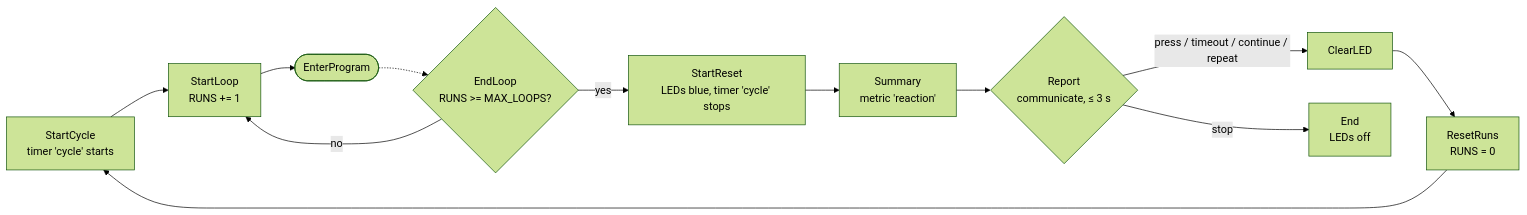
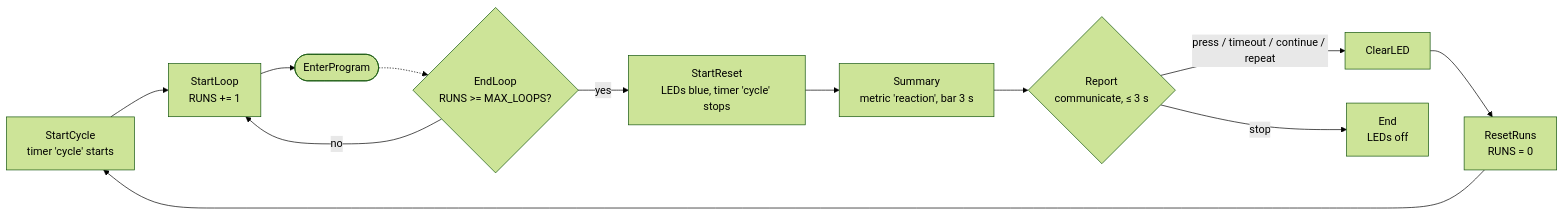
One commit to RunningJoke/reactionButton changed the first of 5 diagrams in docs/user/game-modes.md. Above: the diagram before and after it, drawn with Mermaid (forest theme). The commit also changed other lines of this file and 62 other files, not shown here.

````diff
--- a/docs/user/game-modes.md
+++ b/docs/user/game-modes.md
@@ -75,9 +75,9 @@
 ```mermaid
 flowchart LR
     SC["StartCycle<br/>timer 'cycle' starts"] --> SL["StartLoop<br/>RUNS += 1"] --> EP([EnterProgram])
     EP -.-> EL{"EndLoop<br/>RUNS >= MAX_LOOPS?"}
     EL -- no --> SL
-    EL -- yes --> SR["StartReset<br/>LEDs blue, timer 'cycle' stops"] --> SU["Summary<br/>metric 'reaction'"] --> RP{"Report<br/>communicate, ≤ 3 s"}
+    EL -- yes --> SR["StartReset<br/>LEDs blue, timer 'cycle' stops"] --> SU["Summary<br/>metric 'reaction', bar 3 s"] --> RP{"Report<br/>communicate, ≤ 3 s"}
     RP -- "press / timeout / continue / repeat" --> CL["ClearLED"] --> RV["ResetRuns<br/>RUNS = 0"] --> SC
     RP -- stop --> EN["End<br/>LEDs off"]
 ```
````
